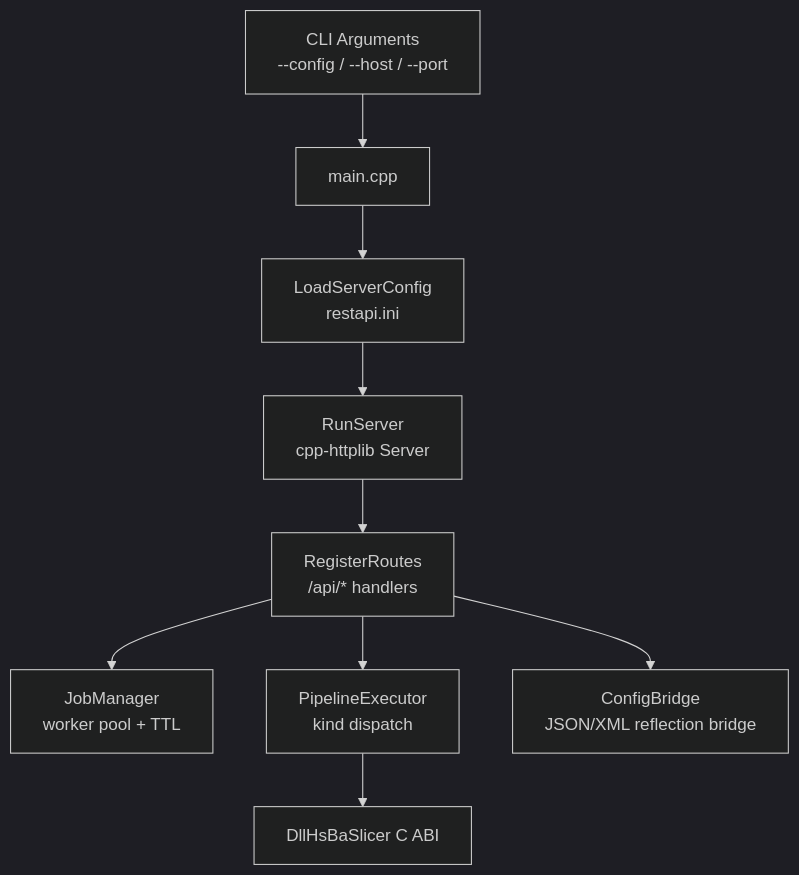
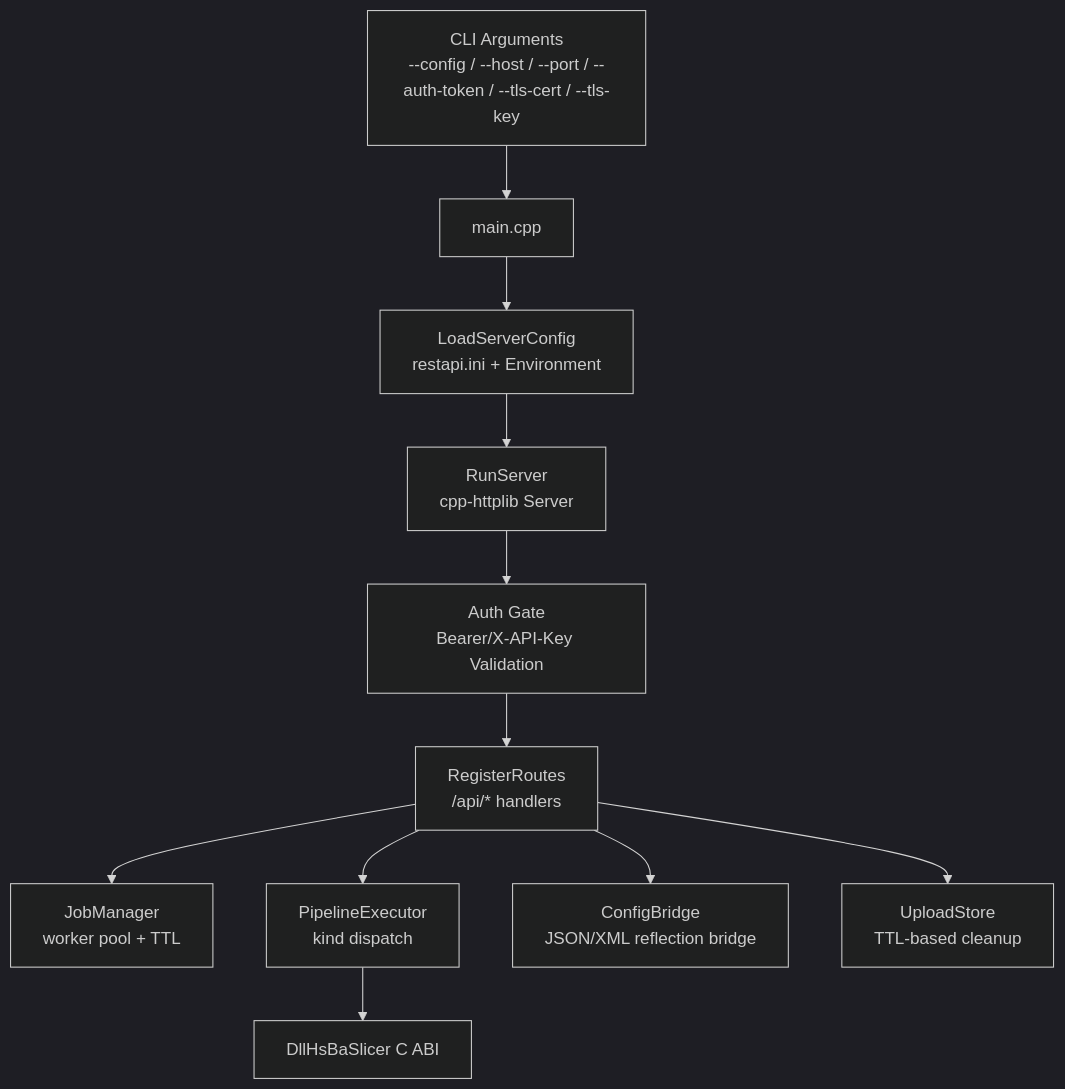
The first of 9 diagrams in .qoder/repowiki/en/content/Core Modules/REST API Server.md (hsmbanlance/HsBaSlicer), drawn with Mermaid (dark theme) before and after one commit. The commit also changed other lines of this file and 101 other files, not shown here.

````diff
--- a/.qoder/repowiki/en/content/Core Modules/REST API Server.md
+++ b/.qoder/repowiki/en/content/Core Modules/REST API Server.md
@@ -48,11 +71,13 @@
 ```mermaid
 graph TB
-CLI["CLI Arguments<br/>--config / --host / --port"] --> Main["main.cpp"]
-Main --> Config["LoadServerConfig<br/>restapi.ini"]
+CLI["CLI Arguments<br/>--config / --host / --port / --auth-token / --tls-cert / --tls-key"] --> Main["main.cpp"]
+Main --> Config["LoadServerConfig<br/>restapi.ini + Environment"]
 Config --> Server["RunServer<br/>cpp-httplib Server"]
-Server --> Routes["RegisterRoutes<br/>/api/* handlers"]
+Server --> AuthGate["Auth Gate<br/>Bearer/X-API-Key Validation"]
+AuthGate --> Routes["RegisterRoutes<br/>/api/* handlers"]
 Routes --> JobMgr["JobManager<br/>worker pool + TTL"]
 Routes --> Exec["PipelineExecutor<br/>kind dispatch"]
 Exec --> Dll["DllHsBaSlicer C ABI"]
 Routes --> Bridge["ConfigBridge<br/>JSON/XML reflection bridge"]
+Routes --> UploadStore["UploadStore<br/>TTL-based cleanup"]
 ```
````
